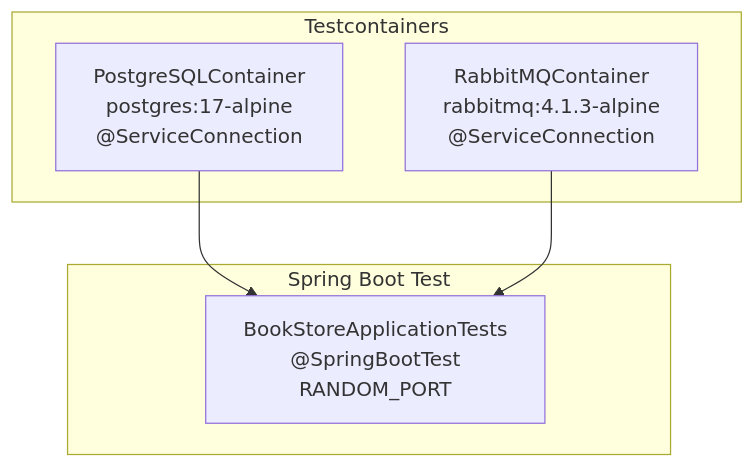
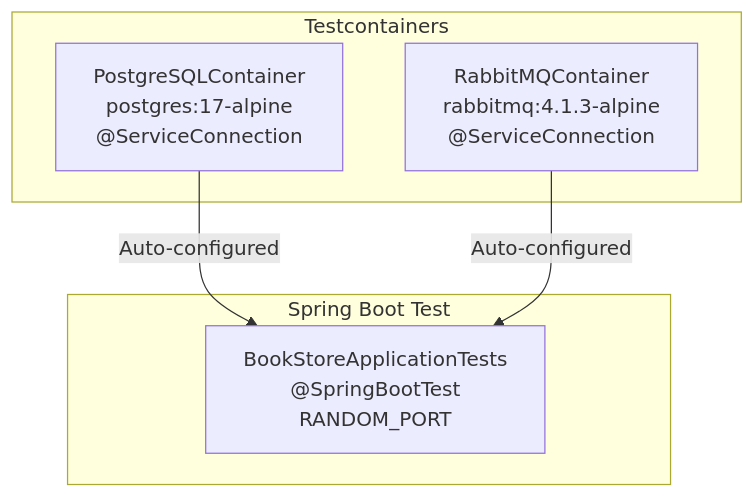
The fifth of 5 diagrams in docs/deepwiki/Docker-Compose-Deployment.md (philipz/spring-modular-monolith), drawn with Mermaid before and after one commit. The commit also changed other lines of this file and 55 other files, not shown here.

````diff
--- a/docs/deepwiki/Docker-Compose-Deployment.md
+++ b/docs/deepwiki/Docker-Compose-Deployment.md
@@ -588,19 +588,19 @@
 ```mermaid
 flowchart TD
 
 postgres_tc["PostgreSQLContainer<br>postgres:17-alpine<br>@ServiceConnection"]
 rabbitmq_tc["RabbitMQContainer<br>rabbitmq:4.1.3-alpine<br>@ServiceConnection"]
 test["BookStoreApplicationTests<br>@SpringBootTest<br>RANDOM_PORT"]
 
-postgres_tc --> test
-rabbitmq_tc --> test
+postgres_tc -->|"Auto-configured"| test
+rabbitmq_tc -->|"Auto-configured"| test
 
 subgraph subGraph1 ["Spring Boot Test"]
     test
 end
 
 subgraph Testcontainers ["Testcontainers"]
     postgres_tc
     rabbitmq_tc
 end
 ```
````
